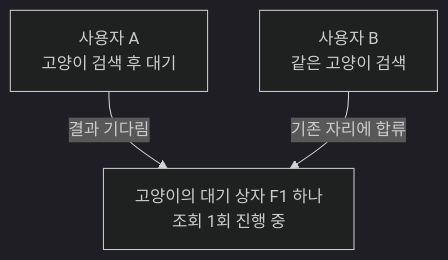
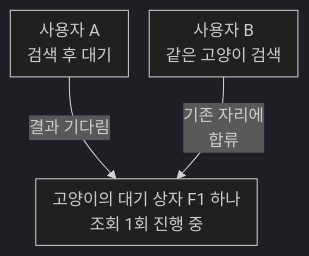
The fourth of 7 diagrams in content/study/cs/single-flight-shared-future.mdx (jhkimm96/jihee-portfolio), drawn with Mermaid (dark theme) before and after one commit. The commit also changed other lines of this file and 5 other files, not shown here.

````diff
--- a/content/study/cs/single-flight-shared-future.mdx
+++ b/content/study/cs/single-flight-shared-future.mdx
@@ -87,5 +88,6 @@
 ```mermaid
+%%{init: {"flowchart": {"nodeSpacing": 20, "padding": 8}}}%%
 flowchart TD
-    A["사용자 A<br/>고양이 검색 후 대기"] -->|"결과 기다림"| F["고양이의 대기 상자 F1 하나<br/>조회 1회 진행 중"]
-    B["사용자 B<br/>같은 고양이 검색"] -->|"기존 자리에 합류"| F
+    A["사용자 A<br/>검색 후 대기"] -->|"결과 기다림"| F["고양이의 대기 상자 F1 하나<br/>조회 1회 진행 중"]
+    B["사용자 B<br/>같은 고양이 검색"] -->|"기존 자리에<br/>합류"| F
 ```
````
